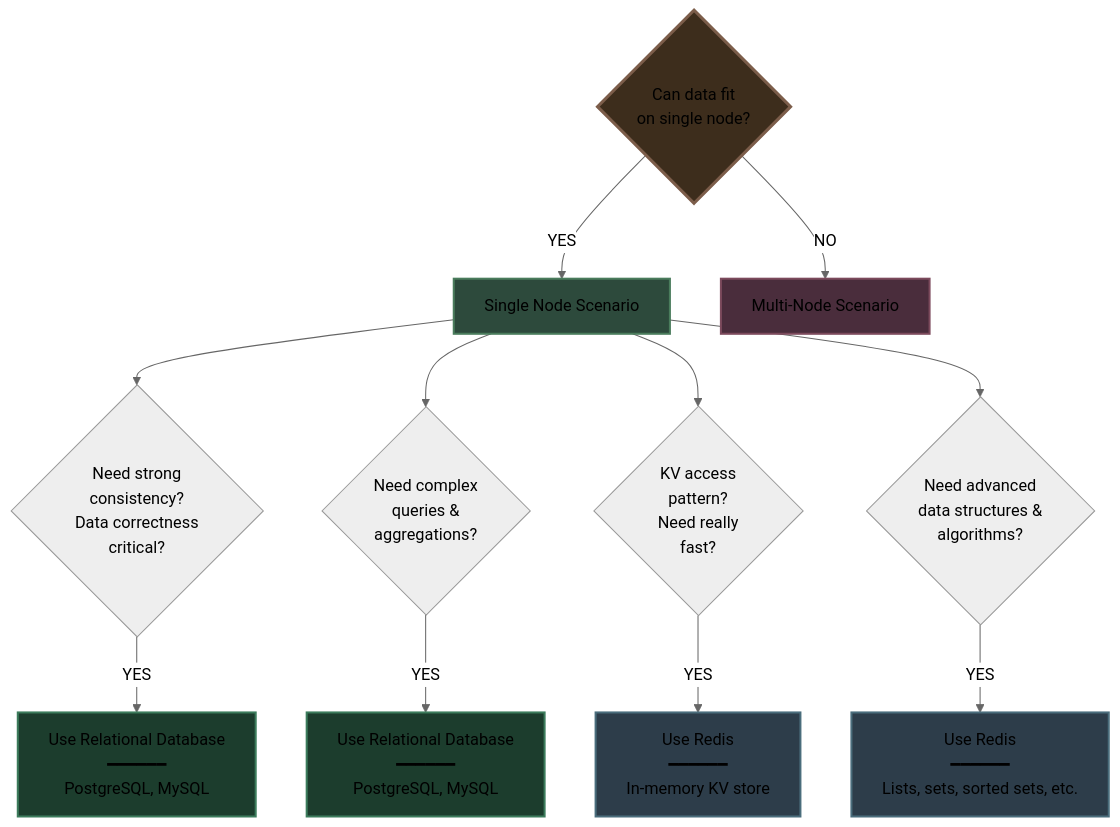
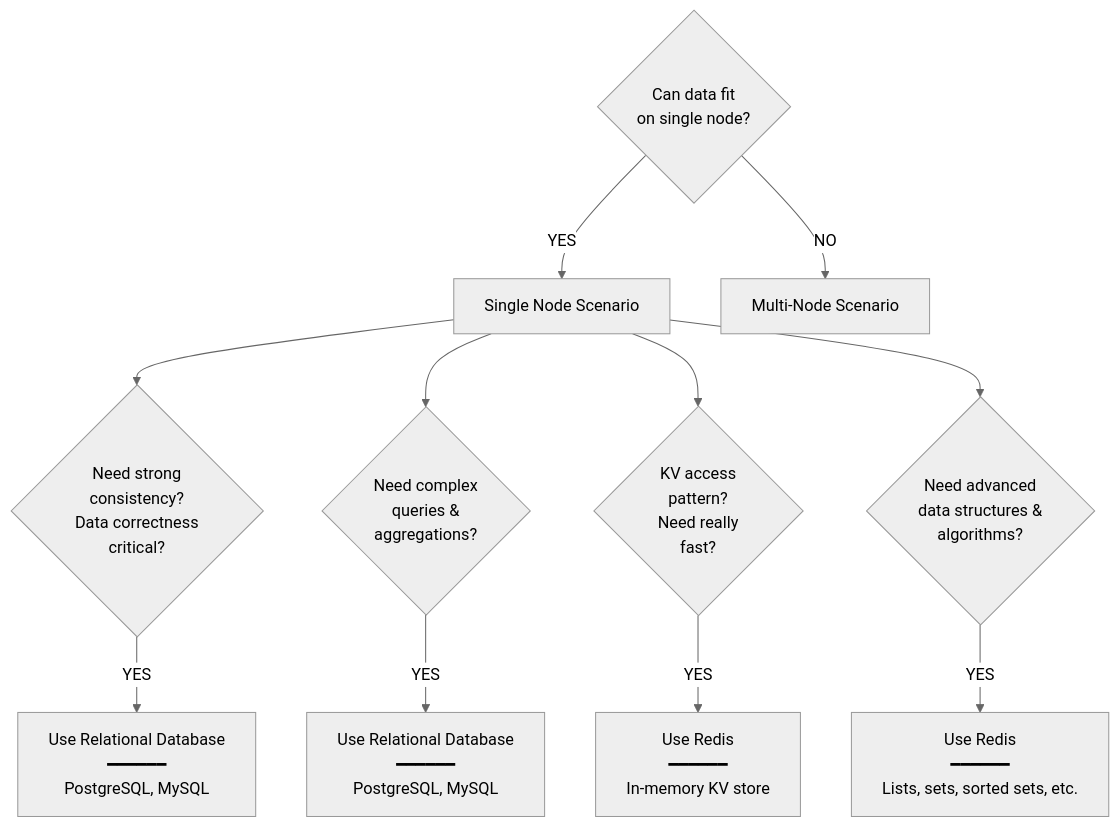
Diagram 12 of 21 in system design beginner/10. Picking the right database.md (Yash-Kavaiya/The-System-Design-Masterclass), drawn with Mermaid (neutral theme) before and after one commit. The commit also changed other lines of this file, not shown here.

````diff
--- a/system design beginner/10. Picking the right database.md
+++ b/system design beginner/10. Picking the right database.md
@@ -476,31 +427,24 @@
 ```mermaid
 graph TD
     START{Can data fit<br/>on single node?}
     
     START -->|YES| SINGLE[Single Node Scenario]
     START -->|NO| MULTI[Multi-Node Scenario]
     
     SINGLE --> Q1{Need strong<br/>consistency?<br/>Data correctness<br/>critical?}
     
     Q1 -->|YES| REL1[Use Relational Database<br/>━━━━━━<br/>PostgreSQL, MySQL]
     
     SINGLE --> Q2{Need complex<br/>queries &<br/>aggregations?}
     
     Q2 -->|YES| REL2[Use Relational Database<br/>━━━━━━<br/>PostgreSQL, MySQL]
     
     SINGLE --> Q3{KV access<br/>pattern?<br/>Need really<br/>fast?}
     
     Q3 -->|YES| REDIS1[Use Redis<br/>━━━━━━<br/>In-memory KV store]
     
     SINGLE --> Q4{Need advanced<br/>data structures &<br/>algorithms?}
     
     Q4 -->|YES| REDIS2[Use Redis<br/>━━━━━━<br/>Lists, sets, sorted sets, etc.]
     
-    style START fill:#3d2d1c,stroke:#7c5d4a,stroke-width:3px
-    style SINGLE fill:#2d4a3c,stroke:#4a7c5c,stroke-width:2px
-    style MULTI fill:#4a2d3c,stroke:#7c4a5c,stroke-width:2px
-    style REL1 fill:#1c3d2d,stroke:#3c7c5c,stroke-width:2px
-    style REL2 fill:#1c3d2d,stroke:#3c7c5c,stroke-width:2px
-    style REDIS1 fill:#2d3d4a,stroke:#4a6d7c,stroke-width:2px
-    style REDIS2 fill:#2d3d4a,stroke:#4a6d7c,stroke-width:2px
 ```
````
